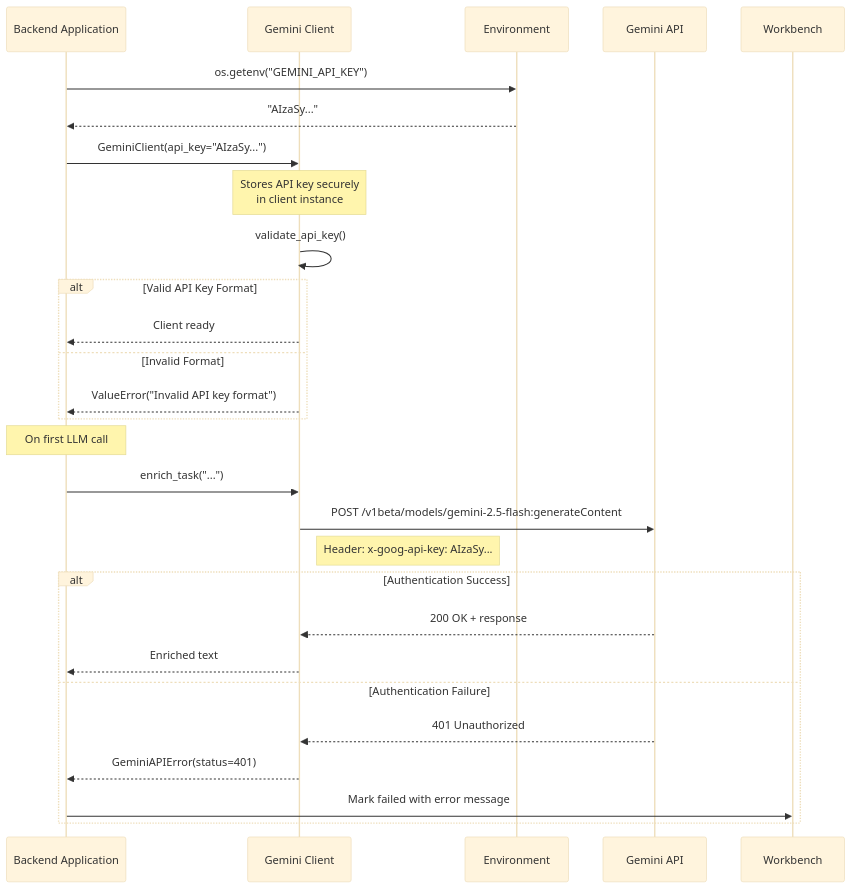
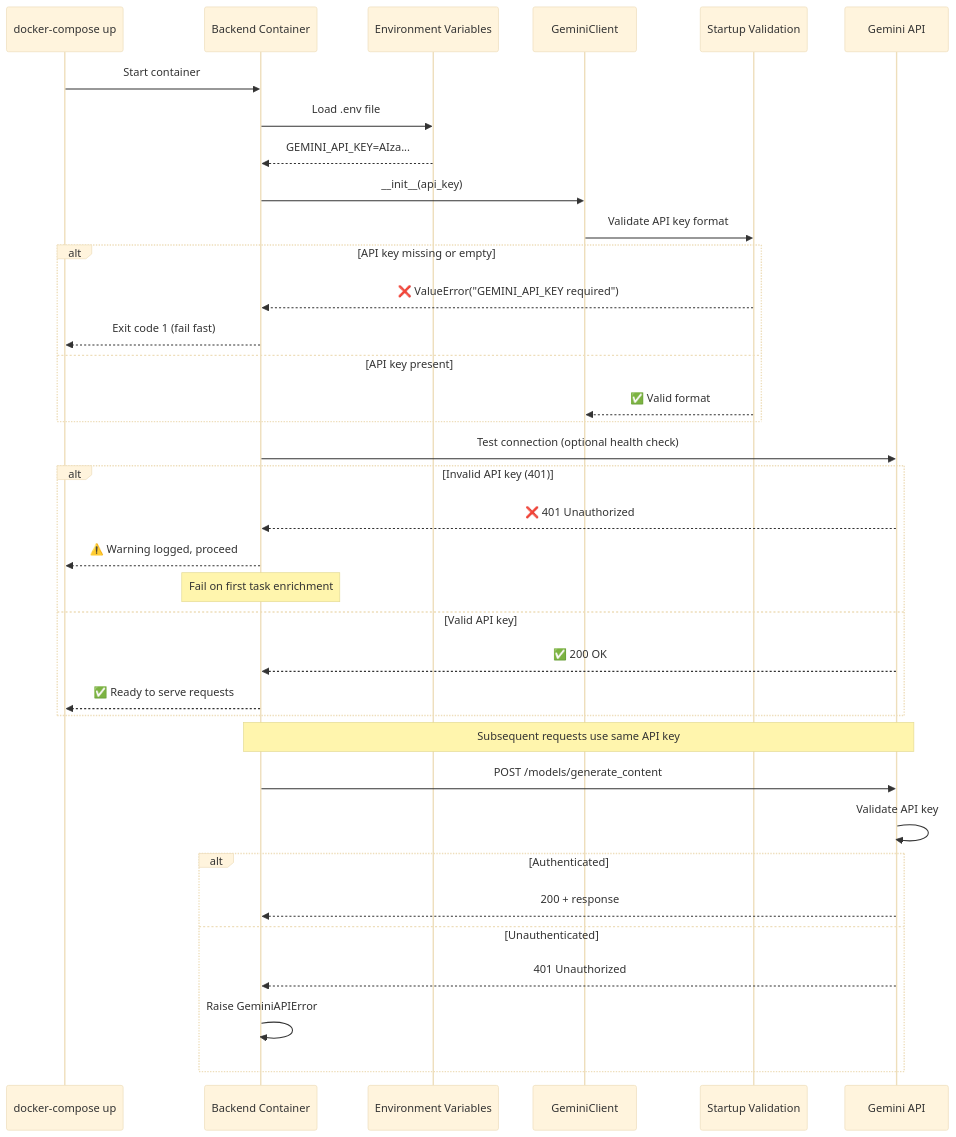
One commit to manicqin2/task_master changed the fourth of 7 diagrams in specs/006-gemini-llm/architecture.md. Above: the diagram before and after it, drawn with Mermaid (base theme). The commit also changed other lines of this file and 2 other files, not shown here.

First line of the commit message:
docs: Complete Feature 006 specification with architecture diagrams and quantified criteria

````diff
--- a/specs/006-gemini-llm/architecture.md
+++ b/specs/006-gemini-llm/architecture.md
@@ -152,35 +135,46 @@
 ```mermaid
 sequenceDiagram
-    participant App as Backend Application
-    participant GC as Gemini Client
-    participant ENV as Environment
-    participant GAPI as Gemini API
+    participant Docker as docker-compose up
+    participant Backend as Backend Container
+    participant Env as Environment Variables
+    participant Gemini as GeminiClient
+    participant Validation as Startup Validation
+    participant API as Gemini API
 
-    App->>ENV: os.getenv("GEMINI_API_KEY")
-    ENV-->>App: "AIzaSy..."
+    Docker->>Backend: Start container
+    Backend->>Env: Load .env file
+    Env-->>Backend: GEMINI_API_KEY=AIza...
 
-    App->>GC: GeminiClient(api_key="AIzaSy...")
-    Note over GC: Stores API key securely<br/>in client instance
+    Backend->>Gemini: __init__(api_key)
+    Gemini->>Validation: Validate API key format
 
-    GC->>GC: validate_api_key()
-    alt Valid API Key Format
-        GC-->>App: Client ready
-    else Invalid Format
-        GC-->>App: ValueError("Invalid API key format")
+    alt API key missing or empty
+        Validation-->>Backend: ❌ ValueError("GEMINI_API_KEY required")
+        Backend-->>Docker: Exit code 1 (fail fast)
+    else API key present
+        Validation-->>Gemini: ✅ Valid format
     end
 
-    Note over App: On first LLM call
+    Backend->>API: Test connection (optional health check)
 
-    App->>GC: enrich_task("...")
-    GC->>GAPI: POST /v1beta/models/gemini-2.5-flash:generateContent
-    Note right of GC: Header: x-goog-api-key: AIzaSy...
+    alt Invalid API key (401)
+        API-->>Backend: ❌ 401 Unauthorized
+        Backend-->>Docker: ⚠️ Warning logged, proceed
+        Note over Backend: Fail on first task enrichment
+    else Valid API key
+        API-->>Backend: ✅ 200 OK
+        Backend-->>Docker: ✅ Ready to serve requests
+    end
 
-    alt Authentication Success
-        GAPI-->>GC: 200 OK + response
-        GC-->>App: Enriched text
-    else Authentication Failure
-        GAPI-->>GC: 401 Unauthorized
-        GC-->>App: GeminiAPIError(status=401)
-        App->>Workbench: Mark failed with error message
+    Note over Backend,API: Subsequent requests use same API key
+
+    Backend->>API: POST /models/generate_content
+    API->>API: Validate API key
+
+    alt Authenticated
+        API-->>Backend: 200 + response
+    else Unauthenticated
+        API-->>Backend: 401 Unauthorized
+        Backend->>Backend: Raise GeminiAPIError
     end
 ```
````
